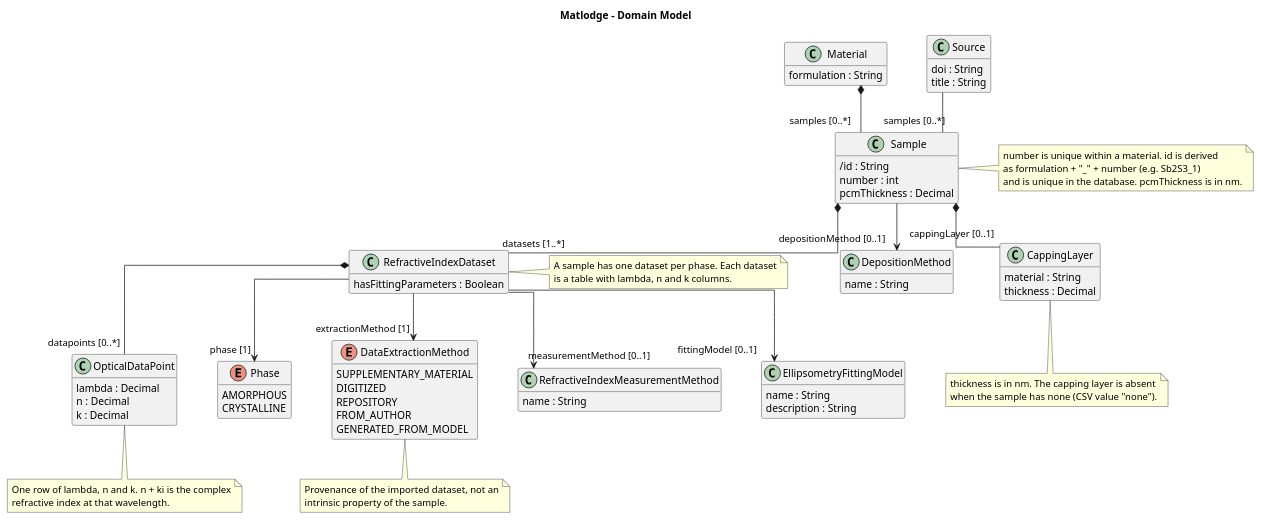
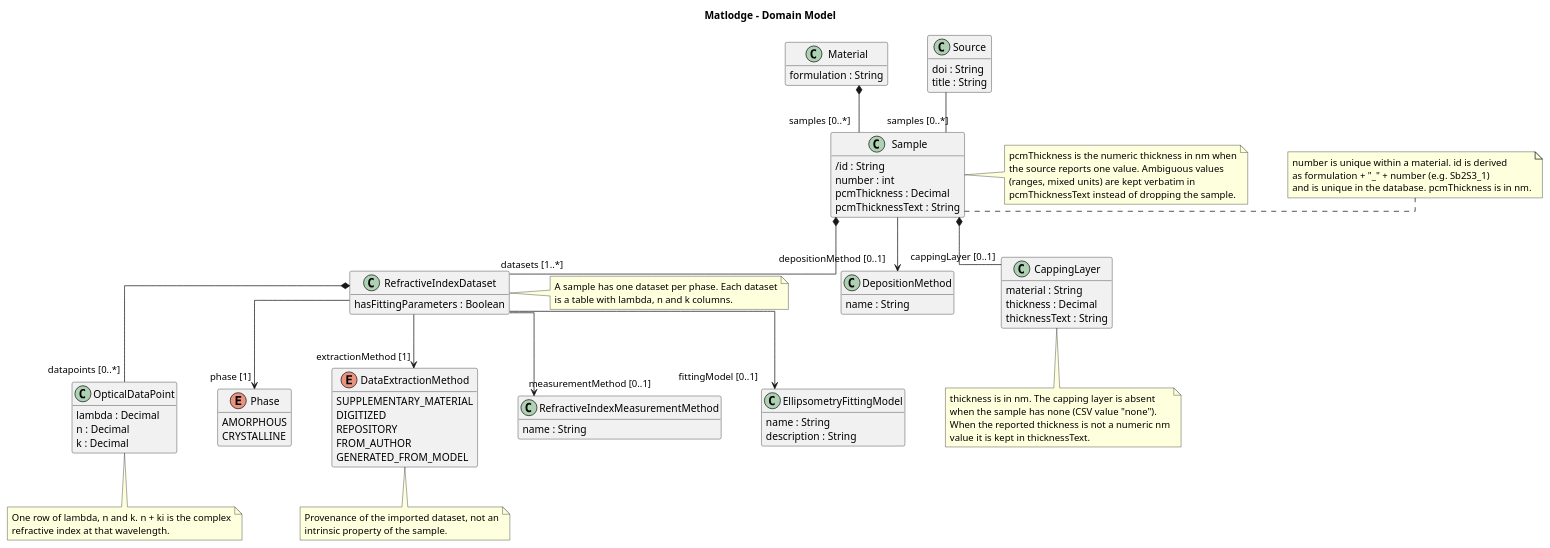
The diagram in doc/domain.puml (matlodge/matlodge.github.io), drawn with PlantUML before and after one commit. The commit also changed 8 other files, not shown here.

```diff
--- a/doc/domain.puml
+++ b/doc/domain.puml
@@ -1,110 +1,121 @@
 @startuml
 title Matlodge - Domain Model
 
 skinparam classAttributeIconSize 0
 skinparam linetype ortho
 skinparam nodesep 55
 skinparam ranksep 55
 hide empty members
 
 class Material {
   formulation : String
 }
 
 class Sample {
   /id : String
   number : int
   pcmThickness : Decimal
+  pcmThicknessText : String
 }
 
 class Source {
   doi : String
   title : String
 }
 
 class RefractiveIndexDataset {
   hasFittingParameters : Boolean
 }
 
 class OpticalDataPoint {
   lambda : Decimal
   n : Decimal
   k : Decimal
 }
 
 enum Phase {
   AMORPHOUS
   CRYSTALLINE
 }
 
 enum DataExtractionMethod {
   SUPPLEMENTARY_MATERIAL
   DIGITIZED
   REPOSITORY
   FROM_AUTHOR
   GENERATED_FROM_MODEL
 }
 
 class RefractiveIndexMeasurementMethod {
   name : String
 }
 
 class EllipsometryFittingModel {
   name : String
   description : String
 }
 
 class DepositionMethod {
   name : String
 }
 
 class CappingLayer {
   material : String
   thickness : Decimal
+  thicknessText : String
 }
 
 ' ---- Associations ------------------------------------------------------
 
 Material *-- "samples [0..*]" Sample
 Source -- "samples [0..*]" Sample
 
 Sample *-- "datasets [1..*]" RefractiveIndexDataset
 RefractiveIndexDataset *-- "datapoints [0..*]" OpticalDataPoint
 
 RefractiveIndexDataset --> "phase [1]" Phase
 RefractiveIndexDataset --> "extractionMethod [1]" DataExtractionMethod
 RefractiveIndexDataset --> "measurementMethod [0..1]" RefractiveIndexMeasurementMethod
 RefractiveIndexDataset --> "fittingModel [0..1]" EllipsometryFittingModel
 
 Sample --> "depositionMethod [0..1]" DepositionMethod
 Sample *-- "cappingLayer [0..1]" CappingLayer
 
 ' ---- Notes -------------------------------------------------------------
 
 note right of Sample
   number is unique within a material. id is derived
   as formulation + "_" + number (e.g. Sb2S3_1)
   and is unique in the database. pcmThickness is in nm.
 end note
 
 note right of RefractiveIndexDataset
   A sample has one dataset per phase. Each dataset
   is a table with lambda, n and k columns.
 end note
 
 note bottom of OpticalDataPoint
   One row of lambda, n and k. n + ki is the complex
   refractive index at that wavelength.
 end note
 
 note bottom of DataExtractionMethod
   Provenance of the imported dataset, not an
   intrinsic property of the sample.
 end note
 
 note bottom of CappingLayer
   thickness is in nm. The capping layer is absent
   when the sample has none (CSV value "none").
+  When the reported thickness is not a numeric nm
+  value it is kept in thicknessText.
+end note
+
+note right of Sample
+  pcmThickness is the numeric thickness in nm when
+  the source reports one value. Ambiguous values
+  (ranges, mixed units) are kept verbatim in
+  pcmThicknessText instead of dropping the sample.
 end note
 
 @enduml
```
